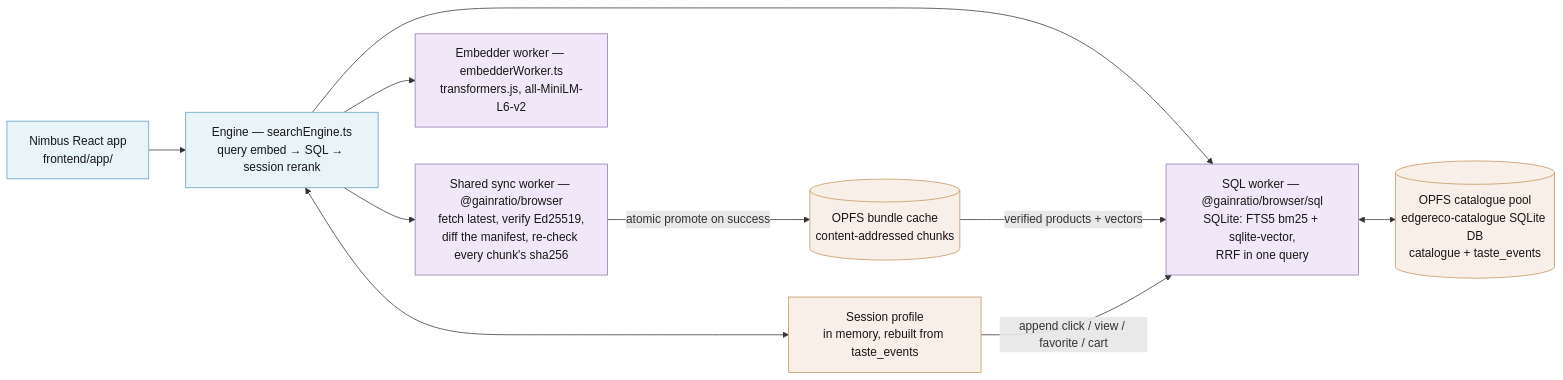
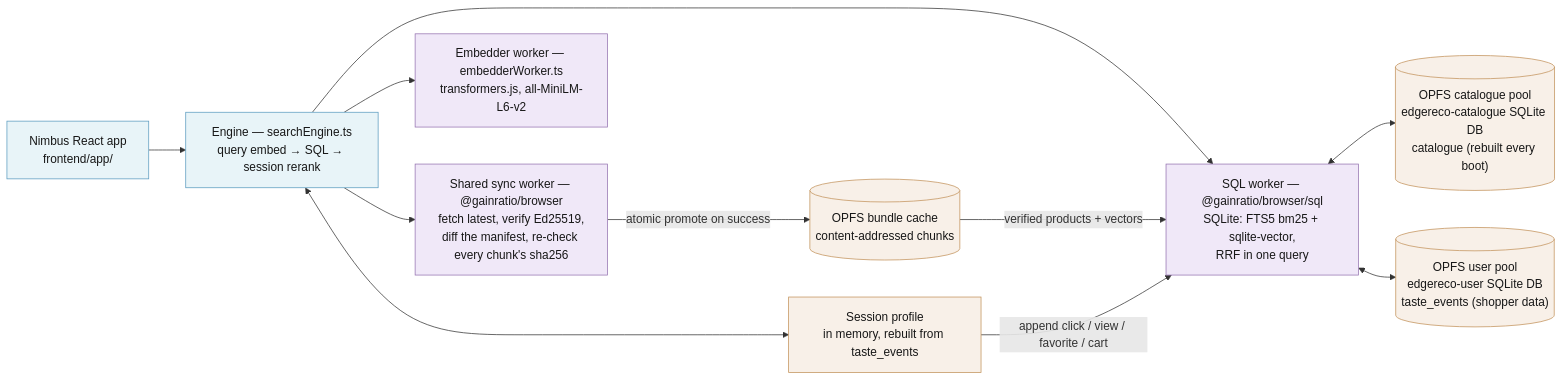
Before and after one commit to gainratio/edge-reco: the third of 4 diagrams in docs/ARCHITECTURE.md, drawn with Mermaid. The commit also changed other lines of this file and 7 other files, not shown here.

First line of the commit message:
docs: shopper data lives in its own edgereco-user database

````diff
--- a/docs/ARCHITECTURE.md
+++ b/docs/ARCHITECTURE.md
@@ -186,28 +186,30 @@
 ```mermaid
 flowchart LR
   app["Nimbus React app<br>frontend/app/"]
   engine["Engine — searchEngine.ts<br>query embed → SQL → session rerank"]
   sync["Shared sync worker — @gainratio/browser<br>fetch latest, verify Ed25519,<br>diff the manifest, re-check every chunk's sha256"]
   embed["Embedder worker — embedderWorker.ts<br>transformers.js, all-MiniLM-L6-v2"]
   sqlw["SQL worker — @gainratio/browser/sql<br>SQLite: FTS5 bm25 + sqlite-vector,<br>RRF in one query"]
   opfs[("OPFS bundle cache<br>content-addressed chunks")]
-  catdb[("OPFS catalogue pool<br>edgereco-catalogue SQLite DB<br>catalogue + taste_events")]
+  catdb[("OPFS catalogue pool<br>edgereco-catalogue SQLite DB<br>catalogue (rebuilt every boot)")]
+  userdb[("OPFS user pool<br>edgereco-user SQLite DB<br>taste_events (shopper data)")]
   profile["Session profile<br>in memory, rebuilt from taste_events"]
 
   app --> engine
   engine --> sync
   engine --> embed
   engine --> sqlw
   sync -->|"atomic promote on success"| opfs
   opfs -->|"verified products + vectors"| sqlw
   sqlw <--> catdb
+  sqlw <--> userdb
   engine <--> profile
   profile -->|"append click / view / favorite / cart"| sqlw
 
   classDef ui fill:#e8f4f8,stroke:#5b9bbf,color:#171717;
   classDef work fill:#f0e8f8,stroke:#9472b0,color:#171717;
   classDef store fill:#f8f0e8,stroke:#c2925a,color:#171717;
   class app,engine ui;
   class sync,embed,sqlw work;
-  class opfs,catdb,profile store;
+  class opfs,catdb,userdb,profile store;
 ```
````
